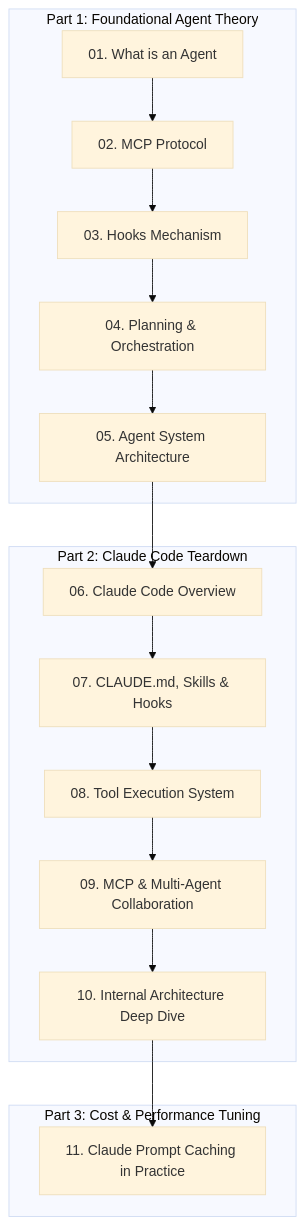
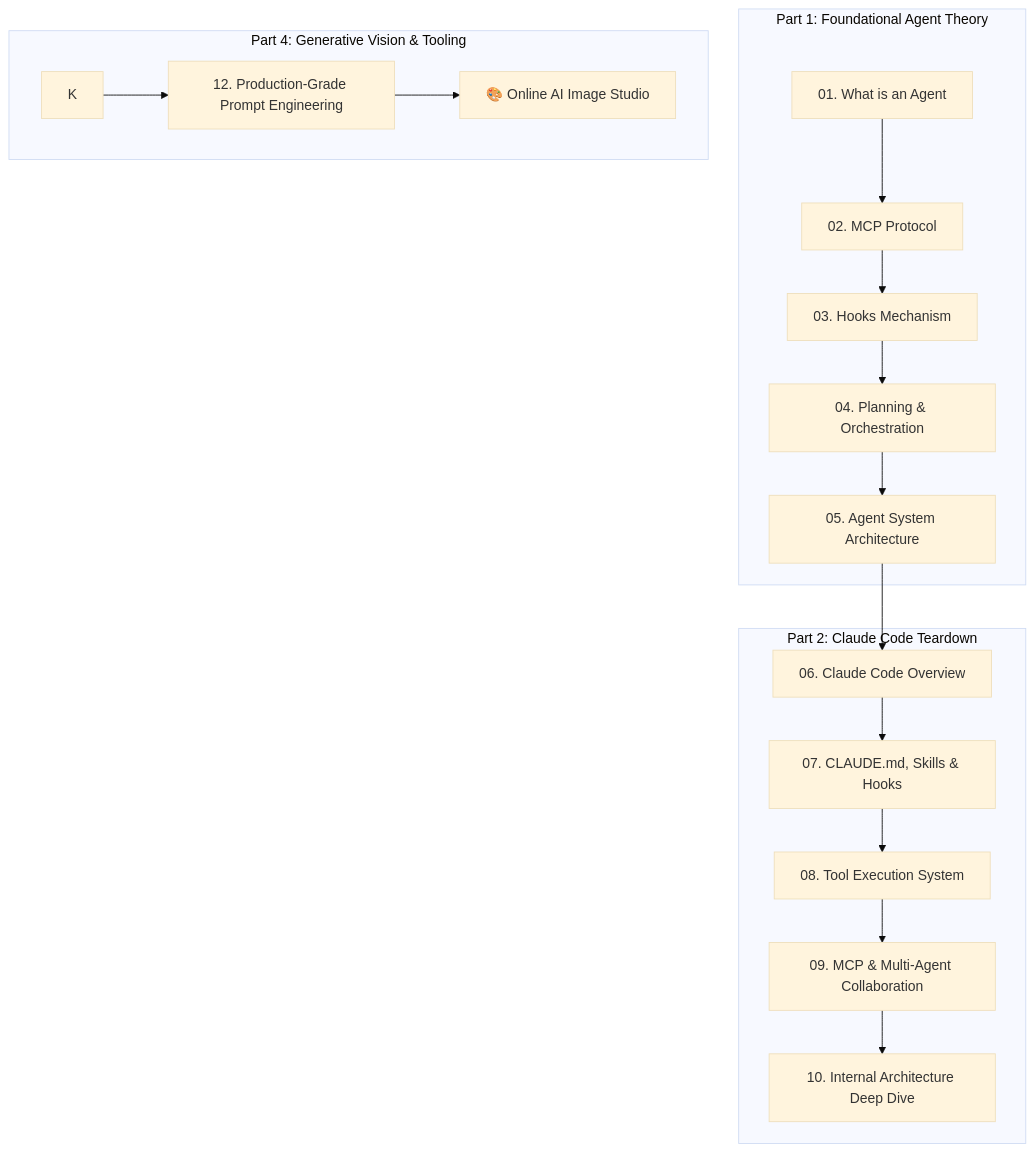
The diagram in docs/ai/index.en-US.md (youngxuesong/dev-notes), drawn with Mermaid (base theme) before and after one commit. The commit also changed other lines of this file and 3 other files, not shown here.

Commit message:
docs(ai): add comprehensive guide on generative vision prompt engineering

````diff
--- a/docs/ai/index.en-US.md
+++ b/docs/ai/index.en-US.md
@@ -12,21 +12,22 @@
 ```mermaid
 graph TD
     subgraph Agent_Theory [Part 1: Foundational Agent Theory]
         A[01. What is an Agent] --> B[02. MCP Protocol]
         B --> C[03. Hooks Mechanism]
         C --> D[04. Planning & Orchestration]
         D --> E[05. Agent System Architecture]
     end
 
     subgraph Claude_Code_Architecture [Part 2: Claude Code Teardown]
         E --> F[06. Claude Code Overview]
         F --> G[07. CLAUDE.md, Skills & Hooks]
         G --> H[08. Tool Execution System]
         H --> I[09. MCP & Multi-Agent Collaboration]
         I --> J[10. Internal Architecture Deep Dive]
     end
 
-    subgraph Optimization [Part 3: Cost & Performance Tuning]
-        J --> K[11. Claude Prompt Caching in Practice]
+    subgraph Vision_Engineering [Part 4: Generative Vision & Tooling]
+        K --> L[12. Production-Grade Prompt Engineering]
+        L --> M[🎨 Online AI Image Studio]
     end
 ```
````
